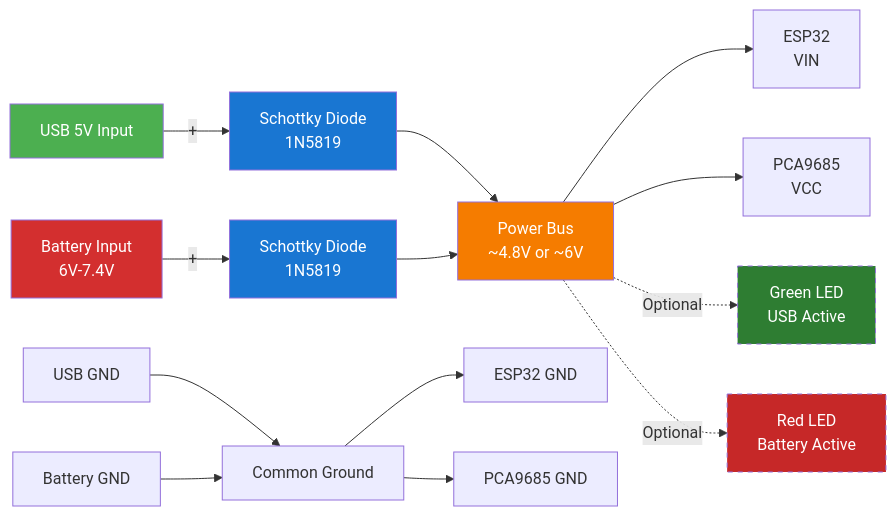
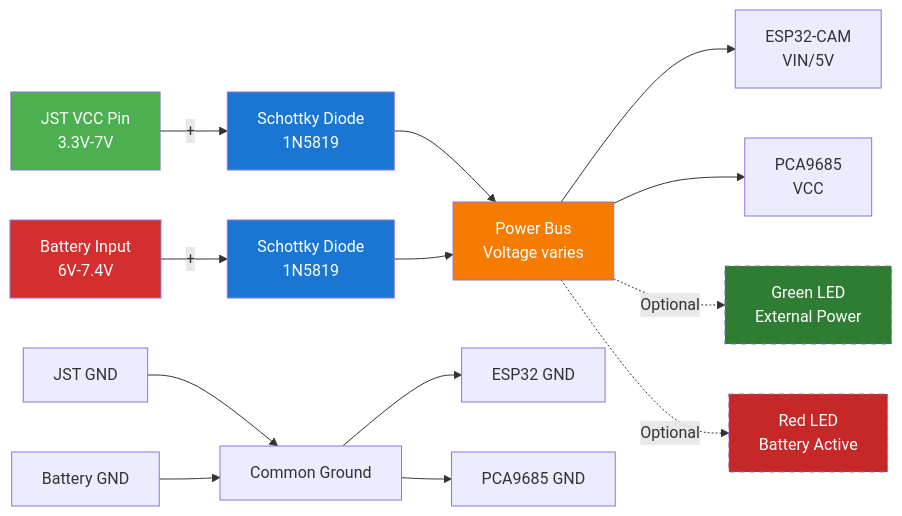
Before and after one commit to esumerfd/robot-spider: the diagram in docs/adr/002-hexapod-physical-model-analysis.md, drawn with Mermaid. The commit also changed other lines of this file, not shown here.

First line of the commit message:
Simplify hexapod power/programming connector design to single JST-XH connector

````diff
--- a/docs/adr/002-hexapod-physical-model-analysis.md
+++ b/docs/adr/002-hexapod-physical-model-analysis.md
@@ -271,25 +288,25 @@
    ```mermaid
    graph LR
-       USB[USB 5V Input] -->|"+"| D1[Schottky Diode<br/>1N5819]
+       JST[JST VCC Pin<br/>3.3V-7V] -->|"+"| D1[Schottky Diode<br/>1N5819]
        BAT[Battery Input<br/>6V-7.4V] -->|"+"| D2[Schottky Diode<br/>1N5819]
-       D1 --> VBUS[Power Bus<br/>~4.8V or ~6V]
+       D1 --> VBUS[Power Bus<br/>Voltage varies]
        D2 --> VBUS
-       VBUS --> ESP32[ESP32<br/>VIN]
+       VBUS --> ESP32[ESP32-CAM<br/>VIN/5V]
        VBUS --> PCA[PCA9685<br/>VCC]
 
-       USB_GND[USB GND] --> GND[Common Ground]
+       JST_GND[JST GND] --> GND[Common Ground]
        BAT_GND[Battery GND] --> GND
        GND --> ESP32_GND[ESP32 GND]
        GND --> PCA_GND[PCA9685 GND]
 
-       VBUS -.->|Optional| LED1[Green LED<br/>USB Active]
+       VBUS -.->|Optional| LED1[Green LED<br/>External Power]
        VBUS -.->|Optional| LED2[Red LED<br/>Battery Active]
 
-       style USB fill:#4CAF50,color:#fff
+       style JST fill:#4CAF50,color:#fff
        style BAT fill:#D32F2F,color:#fff
        style VBUS fill:#F57C00,color:#fff
        style D1 fill:#1976D2,color:#fff
        style D2 fill:#1976D2,color:#fff
        style LED1 fill:#2E7D32,color:#fff,stroke-dasharray: 5 5
        style LED2 fill:#C62828,color:#fff,stroke-dasharray: 5 5
    ```
````
